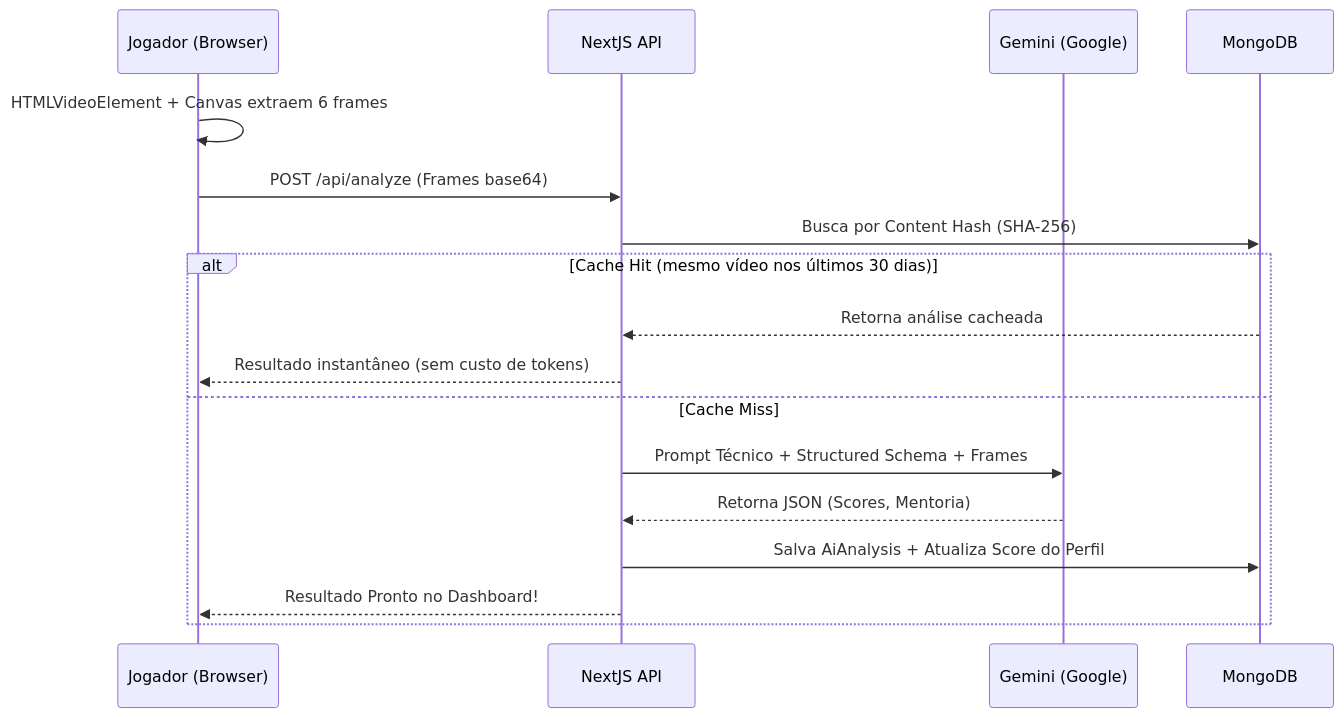
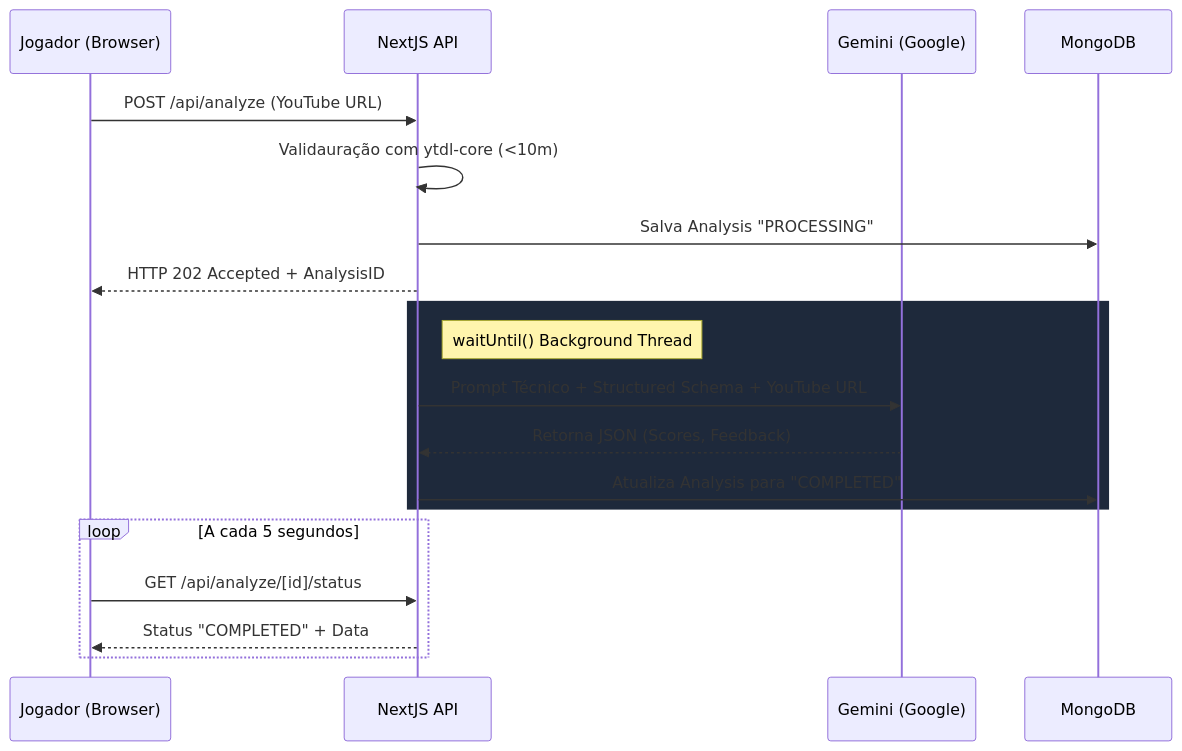
One commit to ygorevaldt/nexel changed the diagram in README.md. Above: the diagram before and after it, drawn with Mermaid. The commit also changed other lines of this file and 9 other files, not shown here.

Commit message:
feat: coach ia refactor with youtube url, async processing and caching

````diff
--- a/README.md
+++ b/README.md
@@ -94,20 +95,24 @@
 ```mermaid
 sequenceDiagram
     participant Jogador (Browser)
     participant NextJS API
     participant Gemini (Google)
     participant MongoDB
     
-    Jogador (Browser)->>Jogador (Browser): HTMLVideoElement + Canvas extraem 6 frames
-    Jogador (Browser)->>NextJS API: POST /api/analyze (Frames base64)
-    NextJS API->>MongoDB: Busca por Content Hash (SHA-256)
-    alt Cache Hit (mesmo vídeo nos últimos 30 dias)
-        MongoDB-->>NextJS API: Retorna análise cacheada
-        NextJS API-->>Jogador (Browser): Resultado instantâneo (sem custo de tokens)
-    else Cache Miss
-        NextJS API->>Gemini (Google): Prompt Técnico + Structured Schema + Frames
-        Gemini (Google)-->>NextJS API: Retorna JSON (Scores, Mentoria)
-        NextJS API->>MongoDB: Salva AiAnalysis + Atualiza Score do Perfil
-        NextJS API-->>Jogador (Browser): Resultado Pronto no Dashboard!
+    Jogador (Browser)->>NextJS API: POST /api/analyze (YouTube URL)
+    NextJS API->>NextJS API: Validauração com ytdl-core (<10m)
+    NextJS API->>MongoDB: Salva Analysis "PROCESSING"
+    NextJS API-->>Jogador (Browser): HTTP 202 Accepted + AnalysisID
+    
+    rect rgb(30, 41, 59)
+    note right of NextJS API: waitUntil() Background Thread
+    NextJS API->>Gemini (Google): Prompt Técnico + Structured Schema + YouTube URL
+    Gemini (Google)-->>NextJS API: Retorna JSON (Scores, Feedback)
+    NextJS API->>MongoDB: Atualiza Analysis para "COMPLETED"
+    end
+    
+    loop A cada 5 segundos
+        Jogador (Browser)->>NextJS API: GET /api/analyze/[id]/status
+        NextJS API-->>Jogador (Browser): Status "COMPLETED" + Data
     end
 ```
````
